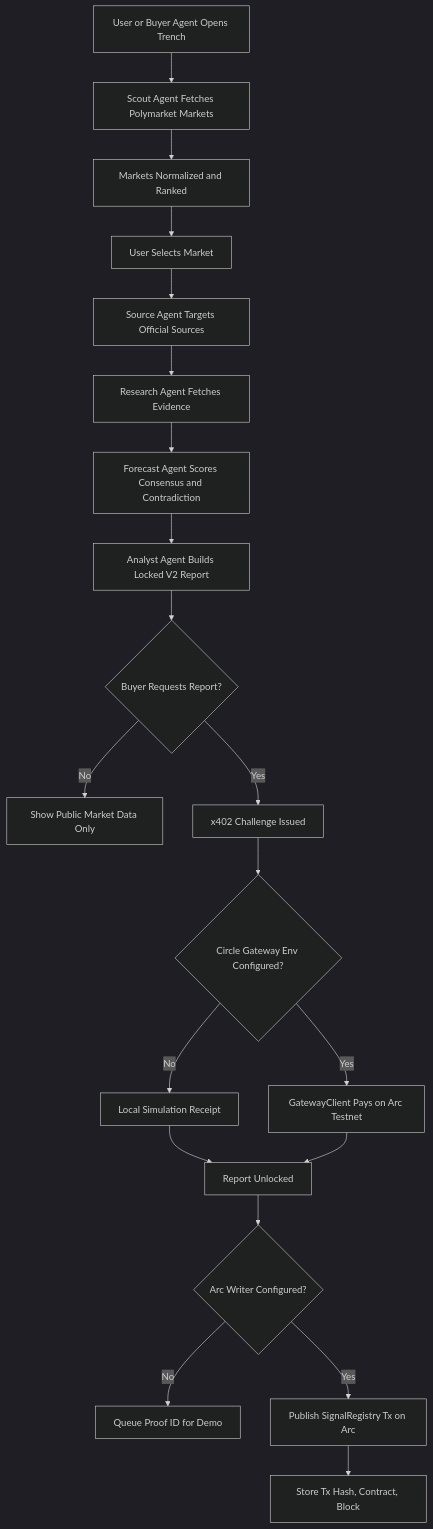
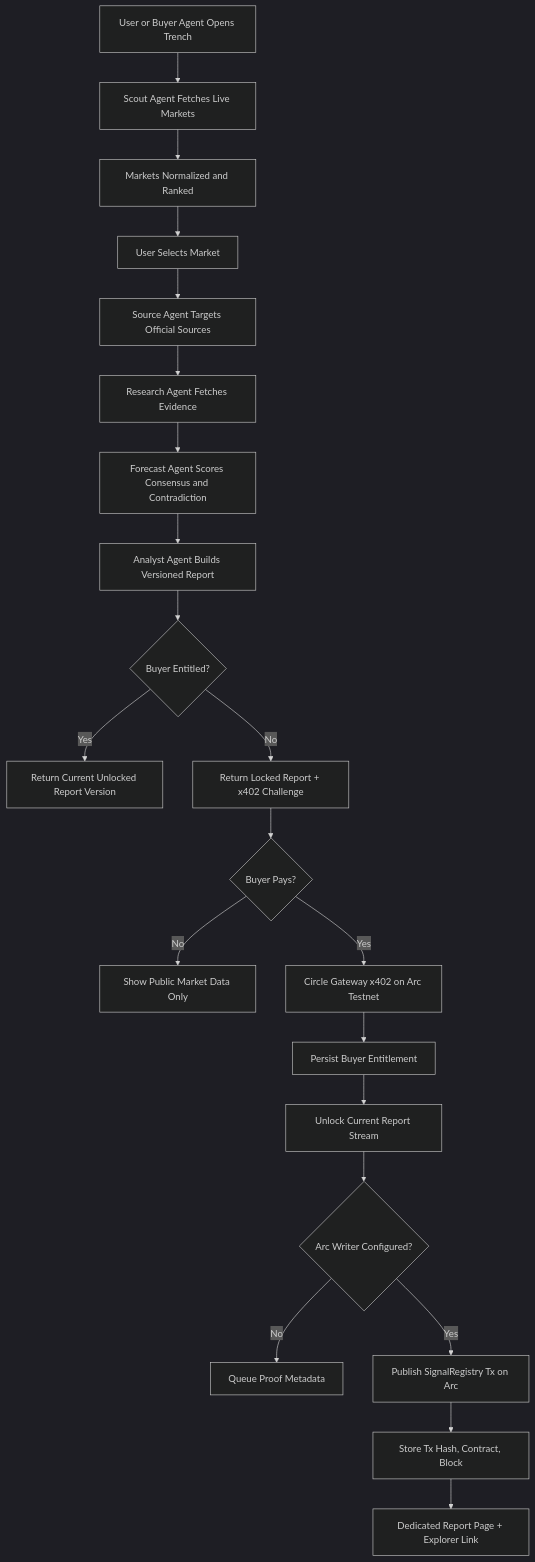
Before and after one commit to ELLA0VICTOR/trench-markets: the diagram in README.md, drawn with Mermaid (dark theme). The commit also changed other lines of this file and 21 other files, not shown here.

````diff
--- a/README.md
+++ b/README.md
@@ -23,22 +23,23 @@
 ```mermaid
 flowchart TD
-  A[User or Buyer Agent Opens Trench] --> B[Scout Agent Fetches Polymarket Markets]
+  A[User or Buyer Agent Opens Trench] --> B[Scout Agent Fetches Live Markets]
   B --> C[Markets Normalized and Ranked]
   C --> D[User Selects Market]
   D --> E[Source Agent Targets Official Sources]
   E --> F[Research Agent Fetches Evidence]
   F --> G[Forecast Agent Scores Consensus and Contradiction]
-  G --> H[Analyst Agent Builds Locked V2 Report]
-  H --> I{Buyer Requests Report?}
-  I -- No --> J[Show Public Market Data Only]
-  I -- Yes --> K[x402 Challenge Issued]
-  K --> L{Circle Gateway Env Configured?}
-  L -- No --> M[Local Simulation Receipt]
-  L -- Yes --> N[GatewayClient Pays on Arc Testnet]
-  M --> O[Report Unlocked]
-  N --> O
-  O --> P{Arc Writer Configured?}
-  P -- No --> Q[Queue Proof ID for Demo]
-  P -- Yes --> R[Publish SignalRegistry Tx on Arc]
-  R --> S[Store Tx Hash, Contract, Block]
+  G --> H[Analyst Agent Builds Versioned Report]
+  H --> I{Buyer Entitled?}
+  I -- Yes --> J[Return Current Unlocked Report Version]
+  I -- No --> K[Return Locked Report + x402 Challenge]
+  K --> L{Buyer Pays?}
+  L -- No --> M[Show Public Market Data Only]
+  L -- Yes --> N[Circle Gateway x402 on Arc Testnet]
+  N --> O[Persist Buyer Entitlement]
+  O --> P[Unlock Current Report Stream]
+  P --> Q{Arc Writer Configured?}
+  Q -- No --> R[Queue Proof Metadata]
+  Q -- Yes --> S[Publish SignalRegistry Tx on Arc]
+  S --> T[Store Tx Hash, Contract, Block]
+  T --> U[Dedicated Report Page + Explorer Link]
 ```
````
